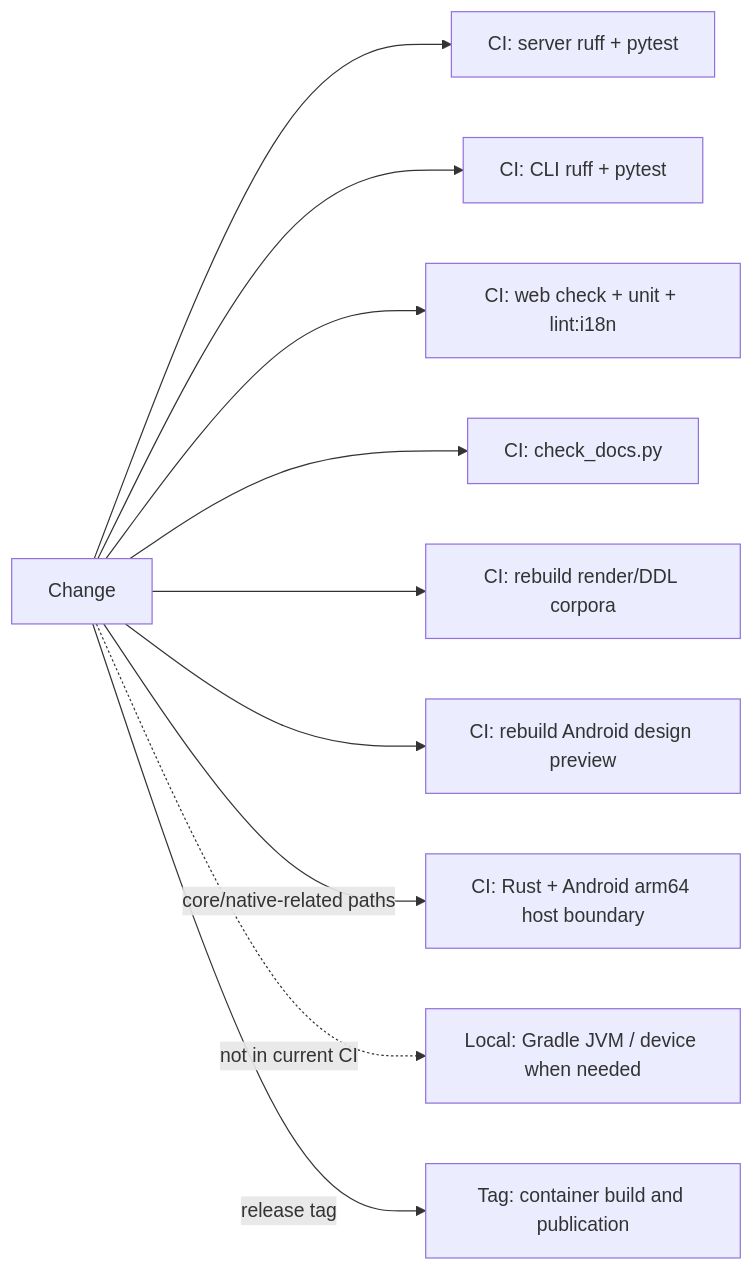
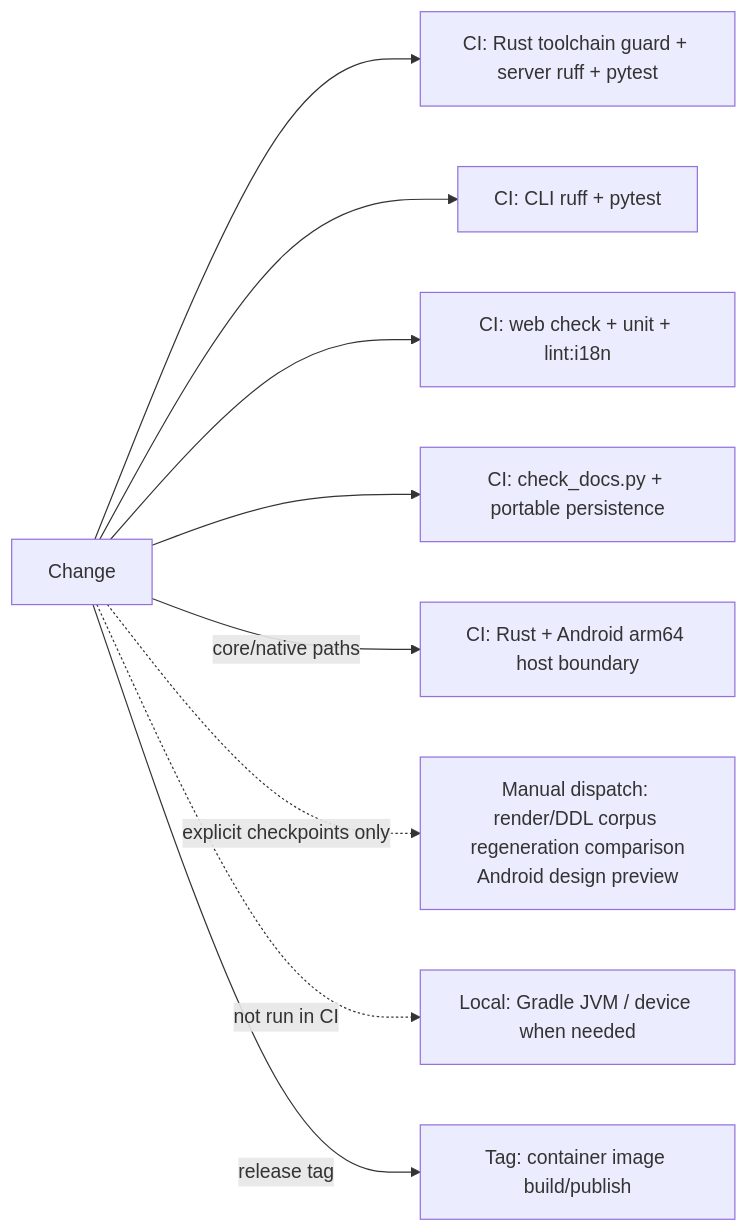
Before and after one commit to oikawas/inku-lang: the diagram in docs/architecture/change-impact-map.md, drawn with Mermaid. The commit also changed other lines of this file and 27 other files, not shown here.

First line of the commit message:
Update architecture documents for the shared Rust pipeline

````diff
--- a/docs/architecture/change-impact-map.md
+++ b/docs/architecture/change-impact-map.md
@@ -27,23 +31,21 @@
 ```mermaid
 flowchart LR
     CHANGE["Change"]
-    CI_SERVER["CI: server ruff + pytest"]
+    CI_SERVER["CI: Rust toolchain guard + server ruff + pytest"]
     CI_CLI["CI: CLI ruff + pytest"]
     CI_WEB["CI: web check + unit + lint:i18n"]
-    CI_DOCS["CI: check_docs.py"]
-    CI_CORPUS["CI: rebuild render/DDL corpora"]
-    CI_PREVIEW["CI: rebuild Android design preview"]
+    CI_DOCS["CI: check_docs.py + portable persistence"]
     CI_ANDROID["CI: Rust + Android arm64 host boundary"]
+    MANUAL_CORPUS["Manual dispatch: render/DDL corpus regeneration comparison\nAndroid design preview"]
     LOCAL_ANDROID["Local: Gradle JVM / device when needed"]
-    RELEASE["Tag: container build and publication"]
+    RELEASE["Tag: container image build/publish"]
 
     CHANGE --> CI_SERVER
     CHANGE --> CI_CLI
     CHANGE --> CI_WEB
     CHANGE --> CI_DOCS
-    CHANGE --> CI_CORPUS
-    CHANGE --> CI_PREVIEW
-    CHANGE -->|"core/native-related paths"| CI_ANDROID
-    CHANGE -.->|"not in current CI"| LOCAL_ANDROID
+    CHANGE -->|"core/native paths"| CI_ANDROID
+    CHANGE -.->|"explicit checkpoints only"| MANUAL_CORPUS
+    CHANGE -.->|"not run in CI"| LOCAL_ANDROID
     CHANGE -->|"release tag"| RELEASE
 ```
````
